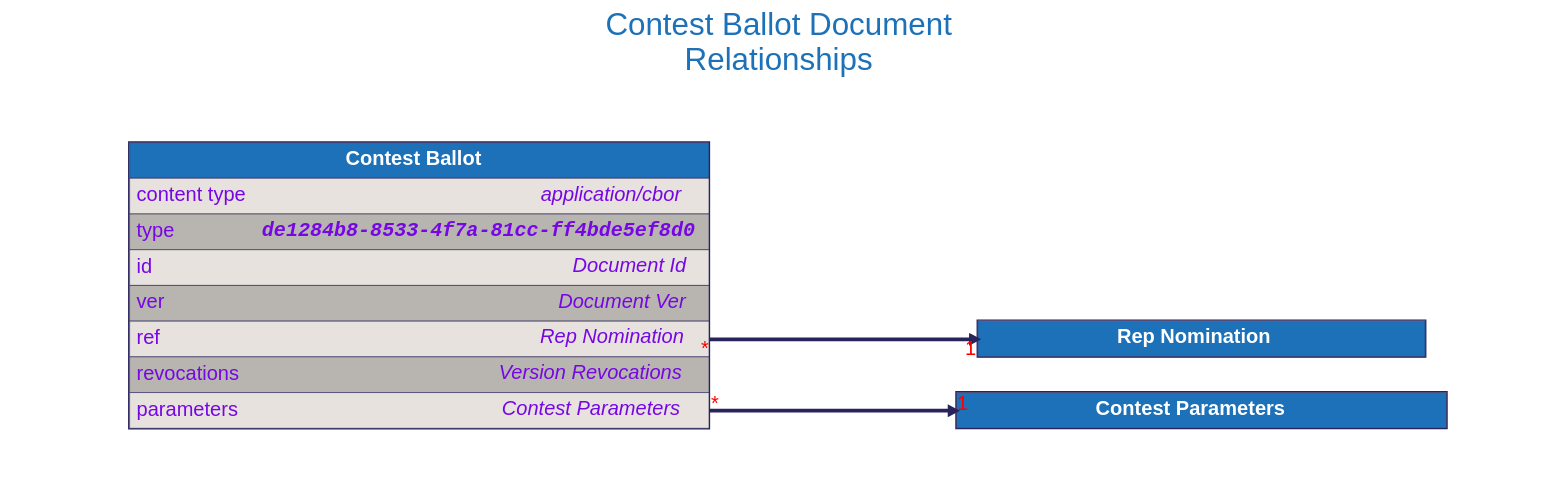
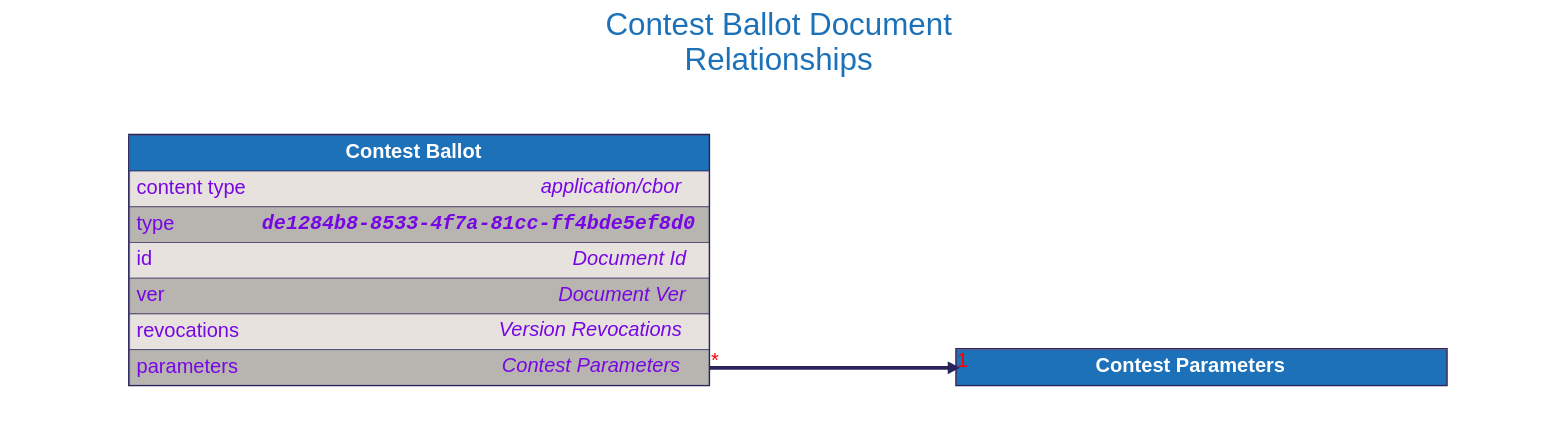
The diagram in docs/src/architecture/08_concepts/signed_doc/diagrams/contest_ballot.dot (input-output-hk/catalyst-libs), drawn with Graphviz before and after one commit. The commit also changed 59 other files, not shown here.

```diff
--- a/docs/src/architecture/08_concepts/signed_doc/diagrams/contest_ballot.dot
+++ b/docs/src/architecture/08_concepts/signed_doc/diagrams/contest_ballot.dot
@@ -1,133 +1,107 @@
 digraph "Contest Ballot" {
     rankdir="LR"
     graph [fontname="helvetica", fontsize="32", fontcolor="#29235c", bgcolor="white"];
     node [penwidth="0", margin="0", fontname="helvetica", fontsize="32", fontcolor="#29235c"];
     edge [fontname="helvetica", fontsize="32", fontcolor="red", color="#29235c"];
 
     labelloc="t"
     label="Contest Ballot Document
 Relationships"
     fontcolor="#1d71b8"
     fontsize=50
     compound=true
 
-
-
-    "Rep Nomination" [
-        id="Rep Nomination";
-        label=<
-            <TABLE BORDER="2" COLOR="#29235c" CELLBORDER="1" CELLSPACING="0" CELLPADDING="10">
-            <TR>
-                <TD PORT="title" BGCOLOR="#1d71b8" HREF="../rep_nomination/">
-                    <FONT COLOR="#ffffff"><B> Rep Nomination </B></FONT>
-                </TD>
-            </TR>
-
-            </TABLE>
-        >
-    ];
 
 
     "Contest Parameters" [
         id="Contest Parameters";
         label=<
             <TABLE BORDER="2" COLOR="#29235c" CELLBORDER="1" CELLSPACING="0" CELLPADDING="10">
             <TR>
                 <TD PORT="title" BGCOLOR="#1d71b8" HREF="../contest_parameters/">
                     <FONT COLOR="#ffffff"><B> Contest Parameters </B></FONT>
                 </TD>
             </TR>
 
             </TABLE>
         >
     ];
 
 
     "Contest Ballot" [
         id="Contest Ballot";
         label=<
             <TABLE BORDER="2" COLOR="#29235c" CELLBORDER="1" CELLSPACING="0" CELLPADDING="10">
             <TR>
                 <TD PORT="title" BGCOLOR="#1d71b8" HREF="../contest_ballot/">
                     <FONT COLOR="#ffffff"><B> Contest Ballot </B></FONT>
                 </TD>
             </TR>
             <TR>
                 <TD ALIGN="LEFT" PORT="content type" BGCOLOR="#e7e2dd">
                     <TABLE CELLPADDING="0" CELLSPACING="0" BORDER="0">
                         <TR>
                             <TD ALIGN="LEFT" VALIGN="TOP" WIDTH="200"><FONT COLOR="#7706E5">content type</FONT></TD>
                             <TD ALIGN="RIGHT"><FONT COLOR="#7706E5"><I>application/cbor</I></FONT></TD>
                         </TR>
                     </TABLE>
                 </TD>
             </TR>
             <TR>
                 <TD ALIGN="LEFT" PORT="type" BGCOLOR="#b8b5b0">
                     <TABLE CELLPADDING="0" CELLSPACING="0" BORDER="0">
                         <TR>
                             <TD ALIGN="LEFT" VALIGN="TOP" WIDTH="200"><FONT COLOR="#7706E5">type</FONT></TD>
                             <TD ALIGN="RIGHT"><FONT FACE="Courier" COLOR="#7706E5"><B><I>de1284b8-8533-4f7a-81cc-ff4bde5ef8d0</I></B></FONT></TD>
                         </TR>
                     </TABLE>
                 </TD>
             </TR>
             <TR>
                 <TD ALIGN="LEFT" PORT="id" BGCOLOR="#e7e2dd">
                     <TABLE CELLPADDING="0" CELLSPACING="0" BORDER="0">
                         <TR>
                             <TD ALIGN="LEFT" VALIGN="TOP" WIDTH="200"><FONT COLOR="#7706E5">id</FONT></TD>
                             <TD ALIGN="RIGHT"><FONT COLOR="#7706E5"><I>Document Id</I></FONT></TD>
                         </TR>
                     </TABLE>
                 </TD>
             </TR>
             <TR>
                 <TD ALIGN="LEFT" PORT="ver" BGCOLOR="#b8b5b0">
                     <TABLE CELLPADDING="0" CELLSPACING="0" BORDER="0">
                         <TR>
                             <TD ALIGN="LEFT" VALIGN="TOP" WIDTH="200"><FONT COLOR="#7706E5">ver</FONT></TD>
                             <TD ALIGN="RIGHT"><FONT COLOR="#7706E5"><I>Document Ver</I></FONT></TD>
                         </TR>
                     </TABLE>
                 </TD>
             </TR>
             <TR>
-                <TD ALIGN="LEFT" PORT="ref" BGCOLOR="#e7e2dd">
-                    <TABLE CELLPADDING="0" CELLSPACING="0" BORDER="0">
-                        <TR>
-                            <TD ALIGN="LEFT" VALIGN="TOP" WIDTH="200"><FONT COLOR="#7706E5">ref</FONT></TD>
-                            <TD ALIGN="RIGHT"><FONT COLOR="#7706E5"><I>Rep Nomination</I></FONT></TD>
-                        </TR>
-                    </TABLE>
-                </TD>
-            </TR>
-            <TR>
-                <TD ALIGN="LEFT" PORT="revocations" BGCOLOR="#b8b5b0">
+                <TD ALIGN="LEFT" PORT="revocations" BGCOLOR="#e7e2dd">
                     <TABLE CELLPADDING="0" CELLSPACING="0" BORDER="0">
                         <TR>
                             <TD ALIGN="LEFT" VALIGN="TOP" WIDTH="200"><FONT COLOR="#7706E5">revocations</FONT></TD>
                             <TD ALIGN="RIGHT"><FONT COLOR="#7706E5"><I>Version Revocations</I></FONT></TD>
                         </TR>
                     </TABLE>
                 </TD>
             </TR>
             <TR>
-                <TD ALIGN="LEFT" PORT="parameters" BGCOLOR="#e7e2dd">
+                <TD ALIGN="LEFT" PORT="parameters" BGCOLOR="#b8b5b0">
                     <TABLE CELLPADDING="0" CELLSPACING="0" BORDER="0">
                         <TR>
                             <TD ALIGN="LEFT" VALIGN="TOP" WIDTH="200"><FONT COLOR="#7706E5">parameters</FONT></TD>
                             <TD ALIGN="RIGHT"><FONT COLOR="#7706E5"><I>Contest Parameters</I></FONT></TD>
                         </TR>
                     </TABLE>
                 </TD>
             </TR>
 
             </TABLE>
         >
     ];
 
 
-    "Contest Ballot":"ref":e -> "Rep Nomination":"title":w [dir=forward, penwidth=6, color="#29235c", headlabel="1", taillabel="*"]
     "Contest Ballot":"parameters":e -> "Contest Parameters":"title":w [dir=forward, penwidth=6, color="#29235c", headlabel="1", taillabel="*"]
 }
```
